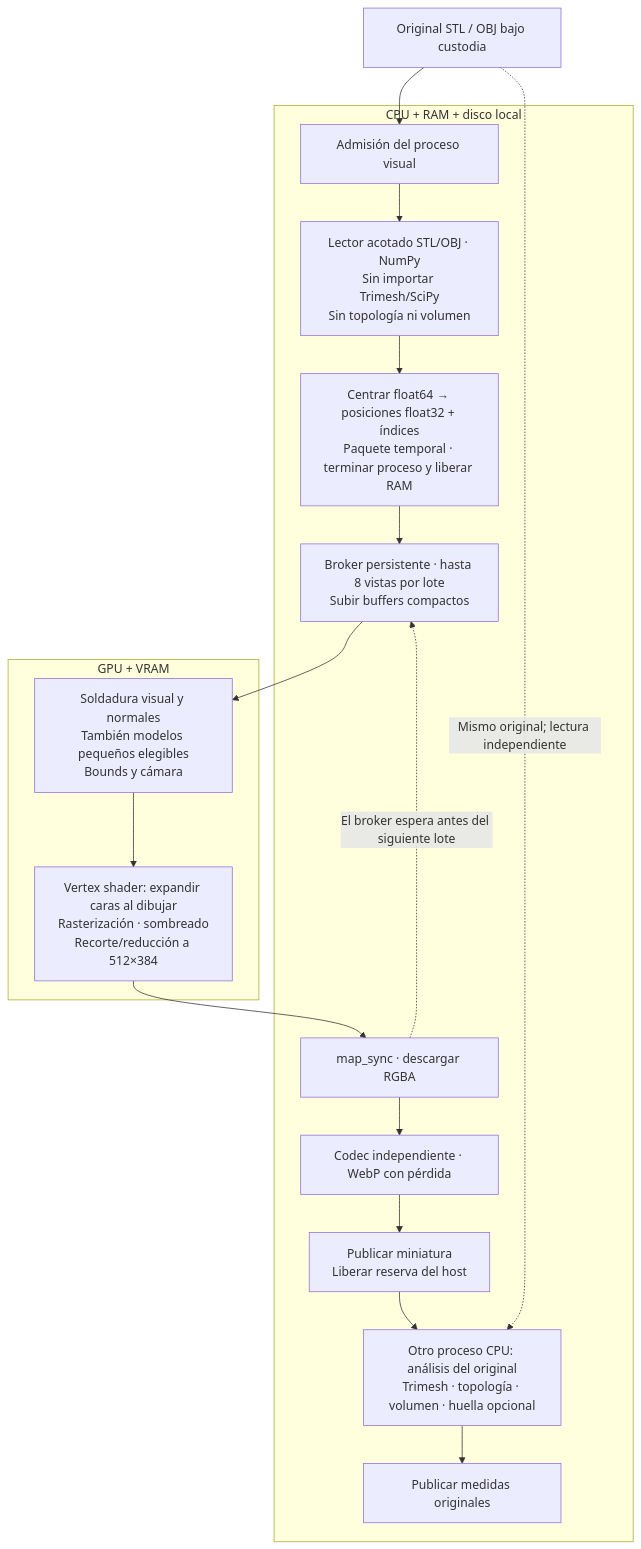
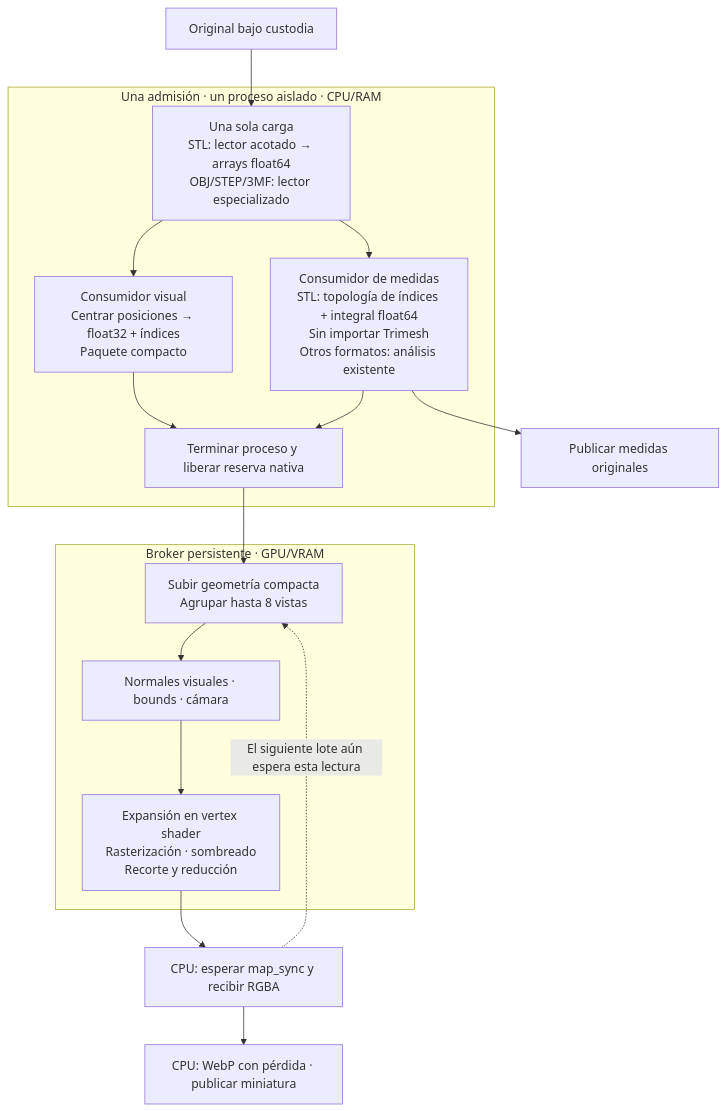
Before and after one commit to xiao-villamor/PrintStash: the first of 2 diagrams in docs/testing/compute-pipeline-explained.es.md, drawn with Mermaid. The commit also changed other lines of this file and 14 other files, not shown here.

Commit message:
perf: share source geometry for basic STL ingestion

````diff
--- a/docs/testing/compute-pipeline-explained.es.md
+++ b/docs/testing/compute-pipeline-explained.es.md
@@ -11,23 +11,23 @@
 ```mermaid
 flowchart TD
-    source["Original STL / OBJ bajo custodia"]
-    subgraph host["CPU + RAM + disco local"]
-        admit["Admisión del proceso visual"]
-        parser["Lector acotado STL/OBJ · NumPy<br/>Sin importar Trimesh/SciPy<br/>Sin topología ni volumen"]
-        packet["Centrar float64 → posiciones float32 + índices<br/>Paquete temporal · terminar proceso y liberar RAM"]
-        broker["Broker persistente · hasta 8 vistas por lote<br/>Subir buffers compactos"]
-        wait["map_sync · descargar RGBA"]
-        codec["Codec independiente · WebP con pérdida"]
-        publish["Publicar miniatura<br/>Liberar reserva del host"]
-        analysis["Otro proceso CPU: análisis del original<br/>Trimesh · topología · volumen · huella opcional"]
-        metadata["Publicar medidas originales"]
+    source["Original bajo custodia"]
+    subgraph worker["Una admisión · un proceso aislado · CPU/RAM"]
+        parser["Una sola carga<br/>STL: lector acotado → arrays float64<br/>OBJ/STEP/3MF: lector especializado"]
+        measure["Consumidor de medidas<br/>STL: topología de índices + integral float64<br/>Sin importar Trimesh<br/>Otros formatos: análisis existente"]
+        packet["Consumidor visual<br/>Centrar posiciones → float32 + índices<br/>Paquete compacto"]
+        finish["Terminar proceso y liberar reserva nativa"]
     end
-    subgraph device["GPU + VRAM"]
-        prepare["Soldadura visual y normales<br/>También modelos pequeños elegibles<br/>Bounds y cámara"]
-        render["Vertex shader: expandir caras al dibujar<br/>Rasterización · sombreado<br/>Recorte/reducción a 512×384"]
+    subgraph device["Broker persistente · GPU/VRAM"]
+        upload["Subir geometría compacta<br/>Agrupar hasta 8 vistas"]
+        prepare["Normales visuales · bounds · cámara"]
+        render["Expansión en vertex shader<br/>Rasterización · sombreado<br/>Recorte y reducción"]
     end
-    source --> admit --> parser --> packet --> broker --> prepare --> render --> wait
-    wait --> codec --> publish --> analysis --> metadata
-    source -.->|"Mismo original; lectura independiente"| analysis
-    wait -.->|"El broker espera antes del siguiente lote"| broker
+    metadata["Publicar medidas originales"]
+    readback["CPU: esperar map_sync y recibir RGBA"]
+    codec["CPU: WebP con pérdida · publicar miniatura"]
+    source --> parser
+    parser --> measure --> metadata
+    parser --> packet --> finish --> upload --> prepare --> render --> readback --> codec
+    measure --> finish
+    readback -.->|"El siguiente lote aún espera esta lectura"| upload
 ```
````
